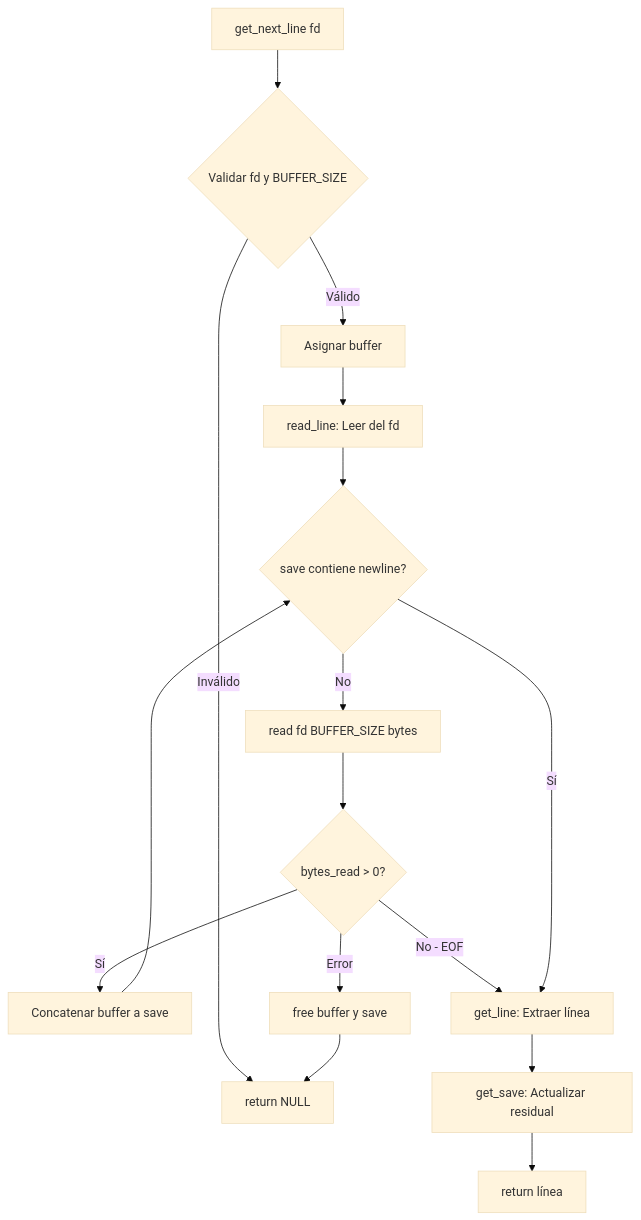
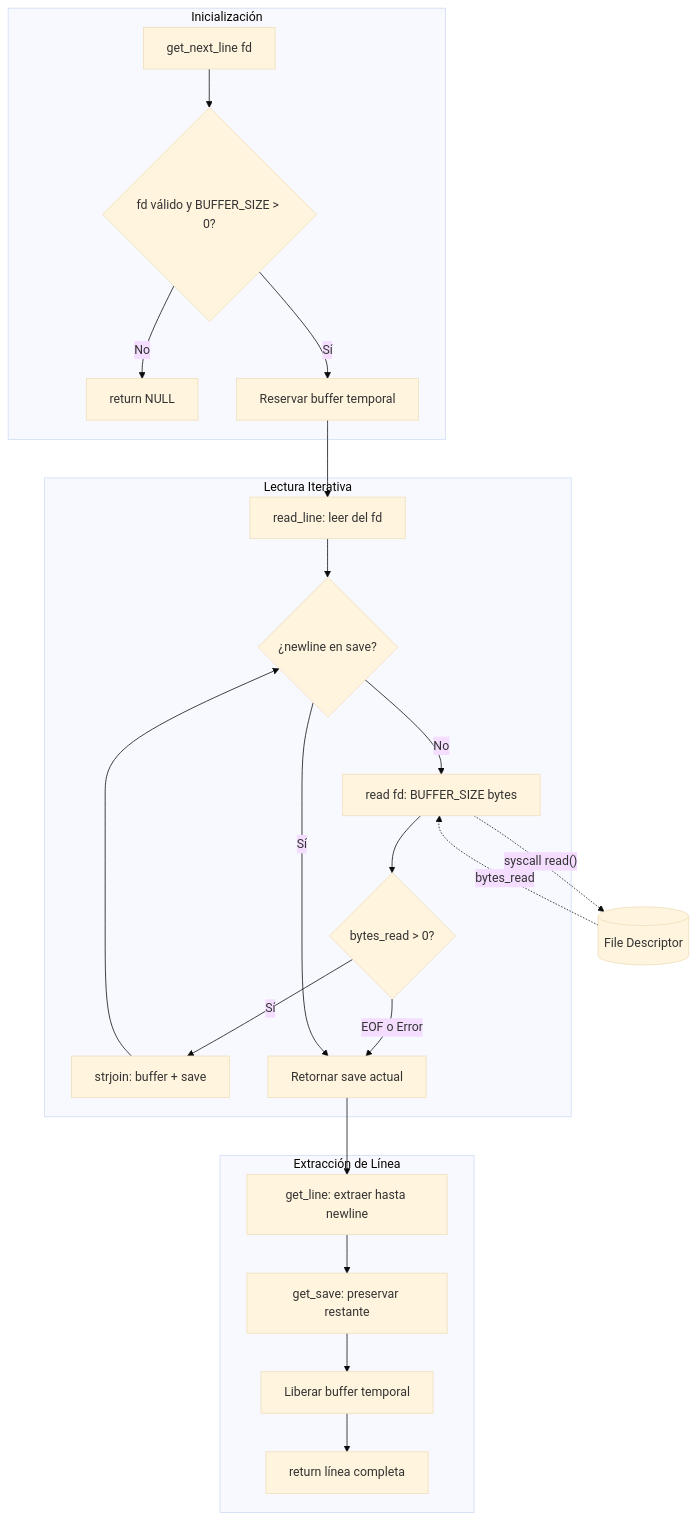
The diagram in README.md (samuelhm/GetNextLine), drawn with Mermaid (base theme) before and after one commit. The commit also changed other lines of this file, not shown here.

````diff
--- a/README.md
+++ b/README.md
@@ -49,18 +56,29 @@
 ```mermaid
 flowchart TD
-    A[get_next_line fd] --> B{Validar fd y BUFFER_SIZE}
-    B -->|Inválido| C[return NULL]
-    B -->|Válido| D[Asignar buffer]
-    D --> E[read_line: Leer del fd]
-    E --> F{save contiene newline?}
-    F -->|No| G[read fd BUFFER_SIZE bytes]
-    G --> H{bytes_read > 0?}
-    H -->|Sí| I[Concatenar buffer a save]
-    I --> F
-    H -->|No - EOF| J[get_line: Extraer línea]
-    J --> K[get_save: Actualizar residual]
-    K --> L[return línea]
-    F -->|Sí| J
-    H -->|Error| M[free buffer y save]
-    M --> C
+    subgraph Init["Inicialización"]
+        A[get_next_line fd] --> B{fd válido y BUFFER_SIZE > 0?}
+        B -->|No| C[return NULL]
+        B -->|Sí| D[Reservar buffer temporal]
+    end
+
+    subgraph Reading["Lectura Iterativa"]
+        D --> E[read_line: leer del fd]
+        E --> F{¿newline en save?}
+        F -->|No| G[read fd: BUFFER_SIZE bytes]
+        G --> H{bytes_read > 0?}
+        H -->|Sí| I[strjoin: buffer + save]
+        I --> F
+        H -->|EOF o Error| J[Retornar save actual]
+        F -->|Sí| J
+    end
+
+    subgraph Extraction["Extracción de Línea"]
+        J --> K[get_line: extraer hasta newline]
+        K --> L[get_save: preservar restante]
+        L --> M[Liberar buffer temporal]
+        M --> N[return línea completa]
+    end
+
+    G -.->|"syscall read()"| O[(File Descriptor)]
+    O -.->|"bytes_read"| G
 ```
````
